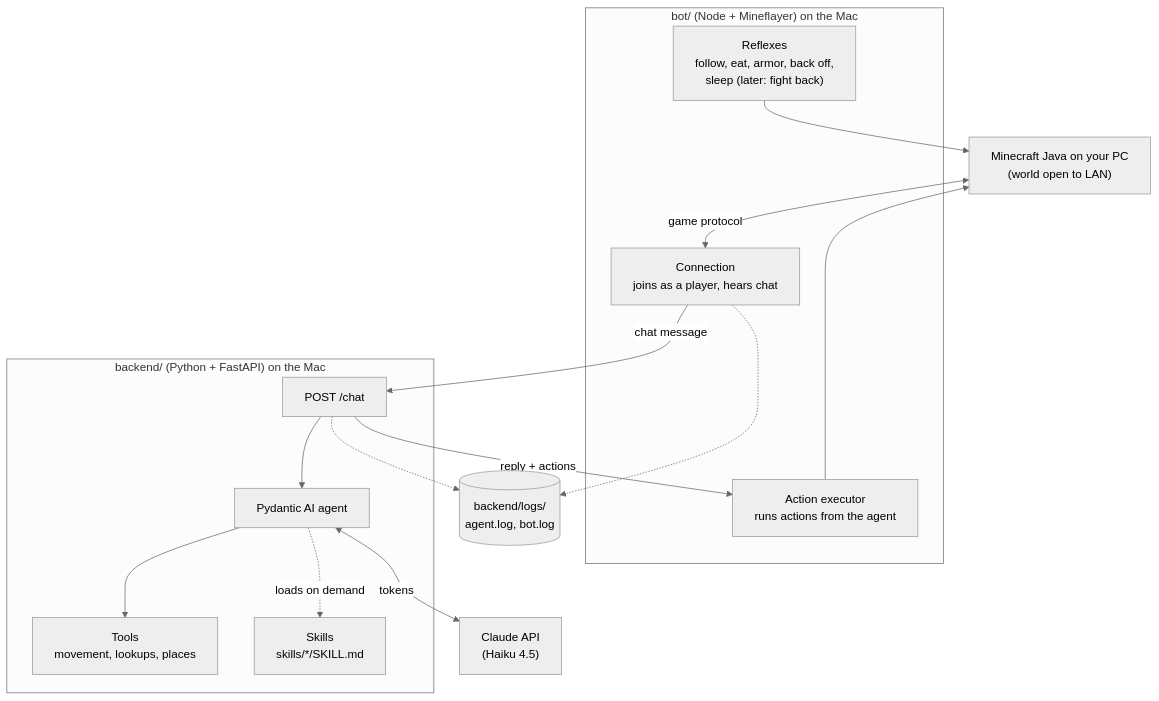
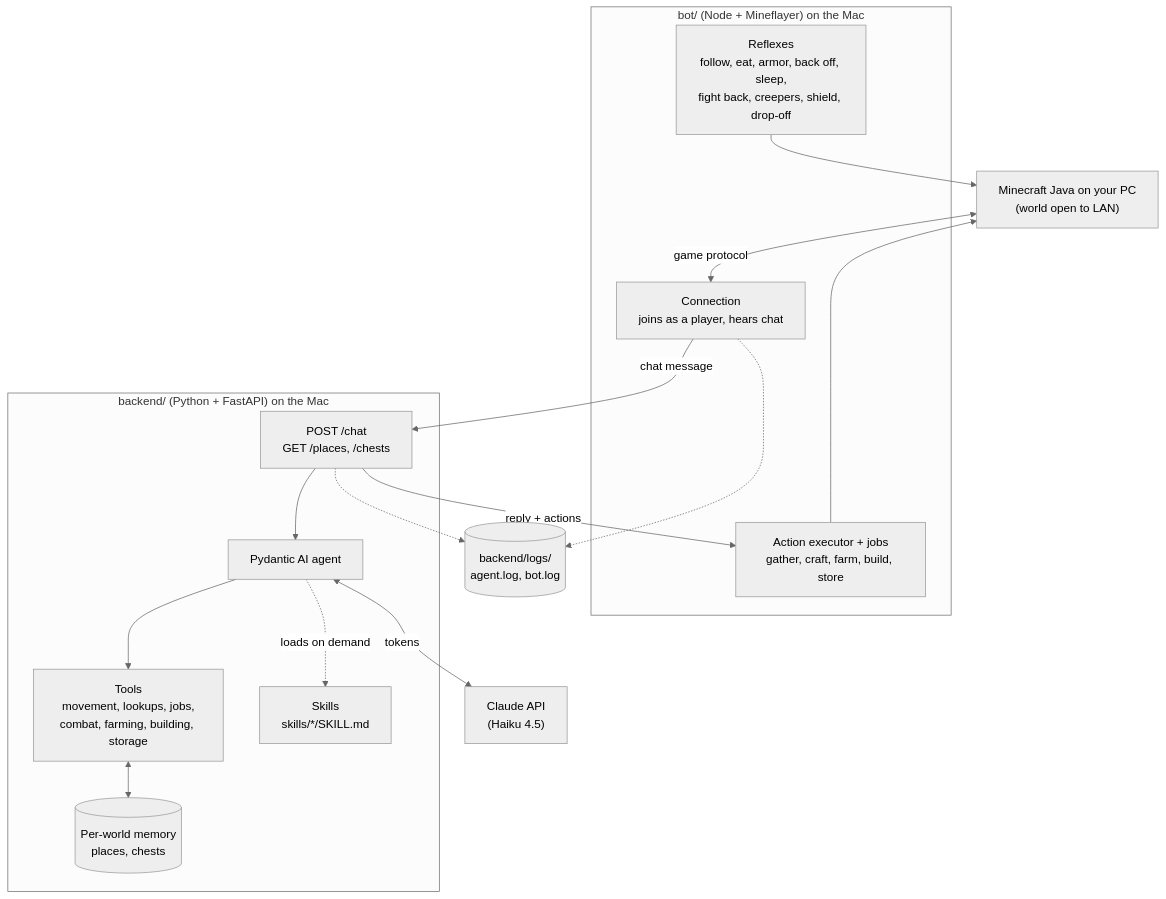
Before and after one commit to tascoma/minecraft-agent: the first of 4 diagrams in docs/architecture.md, drawn with Mermaid (neutral theme). The commit also changed other lines of this file and 6 other files, not shown here.

````diff
--- a/docs/architecture.md
+++ b/docs/architecture.md
@@ -11,32 +11,34 @@
 ```mermaid
 flowchart TB
     MC["Minecraft Java on your PC<br/>(world open to LAN)"]
 
     subgraph BOT["bot/ (Node + Mineflayer) on the Mac"]
         conn["Connection<br/>joins as a player, hears chat"]
-        reflex["Reflexes<br/>follow, eat, armor, back off,<br/>sleep (later: fight back)"]
-        exec["Action executor<br/>runs actions from the agent"]
+        reflex["Reflexes<br/>follow, eat, armor, back off, sleep,<br/>fight back, creepers, shield, drop-off"]
+        exec["Action executor + jobs<br/>gather, craft, farm, build, store"]
     end
 
     subgraph BACKEND["backend/ (Python + FastAPI) on the Mac"]
-        route["POST /chat"]
+        route["POST /chat<br/>GET /places, /chests"]
         agent["Pydantic AI agent"]
-        tools["Tools<br/>movement, lookups, places"]
+        tools["Tools<br/>movement, lookups, jobs,<br/>combat, farming, building, storage"]
+        memory[("Per-world memory<br/>places, chests")]
         skills["Skills<br/>skills/*/SKILL.md"]
     end
 
     CLAUDE["Claude API<br/>(Haiku 4.5)"]
     logs[("backend/logs/<br/>agent.log, bot.log")]
 
     MC <-->|"game protocol"| conn
     conn -->|"chat message"| route
     route --> agent
     agent <-->|"tokens"| CLAUDE
     agent --> tools
+    tools <--> memory
     agent -.->|"loads on demand"| skills
     route -->|"reply + actions"| exec
     exec --> MC
     reflex --> MC
     conn -.-> logs
     route -.-> logs
 ```
````
